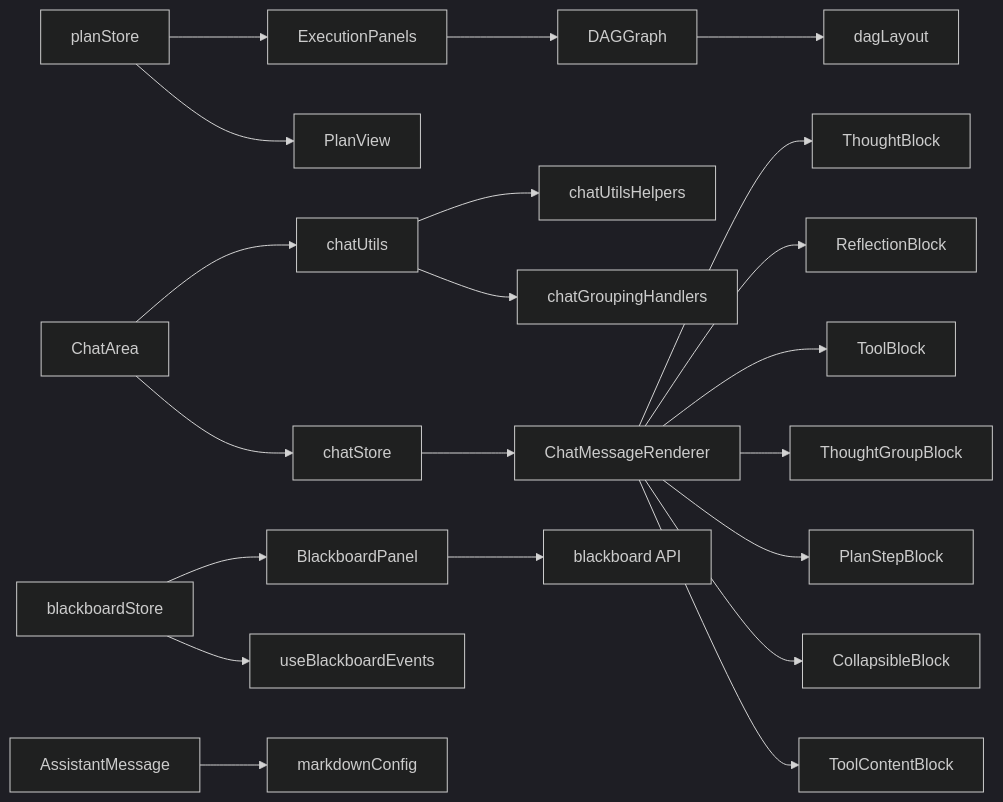
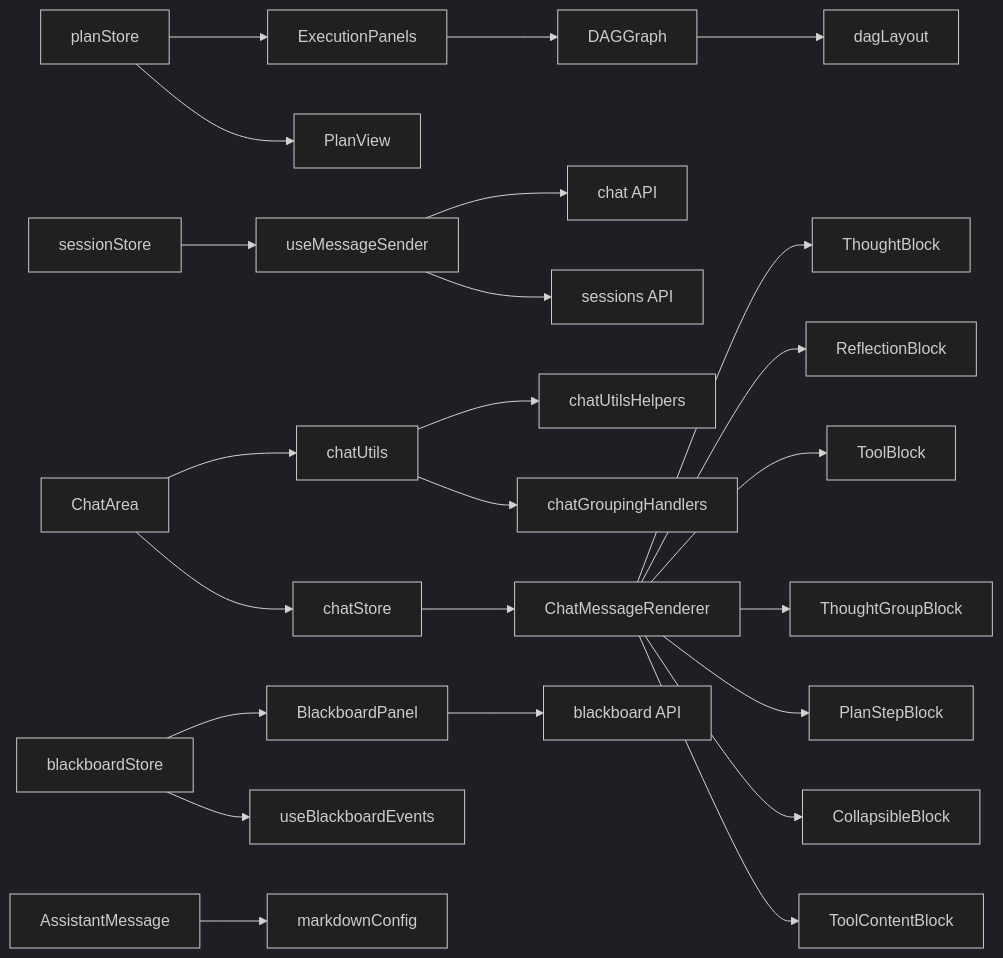
Before and after one commit to v0lka/c0wrk: diagram 17 of 17 in .qoder/repowiki/en/content/Frontend Application/UI Components/Chat Interface Components.md, drawn with Mermaid (dark theme). The commit also changed other lines of this file and 35 other files, not shown here.

````diff
--- a/.qoder/repowiki/en/content/Frontend Application/UI Components/Chat Interface Components.md
+++ b/.qoder/repowiki/en/content/Frontend Application/UI Components/Chat Interface Components.md
@@ -801,23 +884,26 @@
 ```mermaid
 graph LR
 CS["chatStore"] --> CMR["ChatMessageRenderer"]
 PS["planStore"] --> EP["ExecutionPanels"]
 PS --> PV["PlanView"]
 BS["blackboardStore"] --> BB["BlackboardPanel"]
 BS --> UBE["useBlackboardEvents"]
+SS["sessionStore"] --> UMS["useMessageSender"]
+UMS --> CHAT["chat API"]
+UMS --> SESS["sessions API"]
 DG["DAGGraph"] --> DL["dagLayout"]
 AM["AssistantMessage"] --> MC["markdownConfig"]
 CA["ChatArea"] --> CU["chatUtils"]
 CA --> CS
 EP --> DG
 CMR --> THB["ThoughtBlock"]
 CMR --> RFB["ReflectionBlock"]
 CMR --> TB["ToolBlock"]
 CMR --> TGB["ThoughtGroupBlock"]
 CMR --> PSB["PlanStepBlock"]
 CMR --> CB["CollapsibleBlock"]
 CMR --> TCB["ToolContentBlock"]
 CU --> CUH["chatUtilsHelpers"]
 CU --> CGH["chatGroupingHandlers"]
 BB --> BA["blackboard API"]
 ```
````
